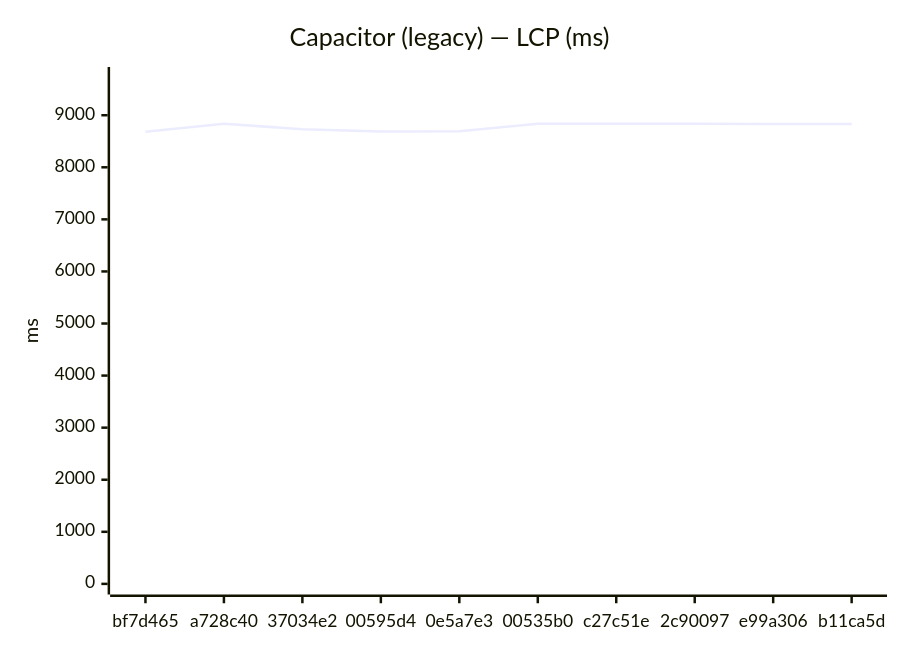
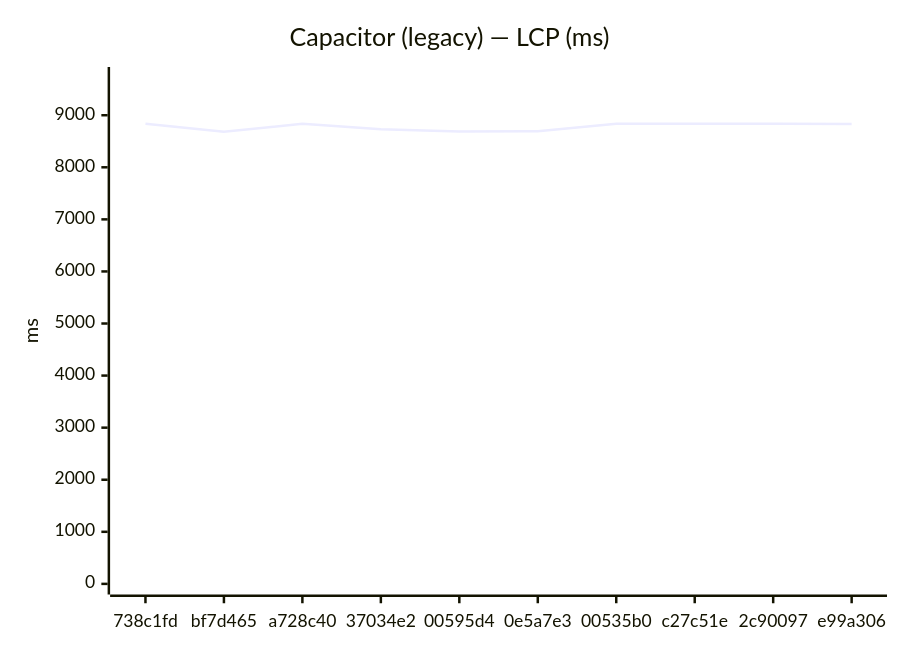
Before and after one commit to Metaheurist/Rianell: the fifth of 24 diagrams in benchmarks/compare.md, drawn with Mermaid. The commit also changed other lines of this file and 13 other files, not shown here.

````diff
--- a/benchmarks/compare.md
+++ b/benchmarks/compare.md
@@ -84,7 +84,7 @@
 ```mermaid
 xychart-beta
     title "Capacitor (legacy) — LCP (ms)"
-    x-axis ["bf7d465", "a728c40", "37034e2", "00595d4", "0e5a7e3", "00535b0", "c27c51e", "2c90097", "e99a306", "b11ca5d"]
+    x-axis ["738c1fd", "bf7d465", "a728c40", "37034e2", "00595d4", "0e5a7e3", "00535b0", "c27c51e", "2c90097", "e99a306"]
     y-axis "ms" 0 --> 9722
-    line [8681, 8837, 8731, 8688, 8693, 8834, 8838, 8835, 8833, 8830]
+    line [8838, 8681, 8837, 8731, 8688, 8693, 8834, 8838, 8835, 8833]
 ```
````
